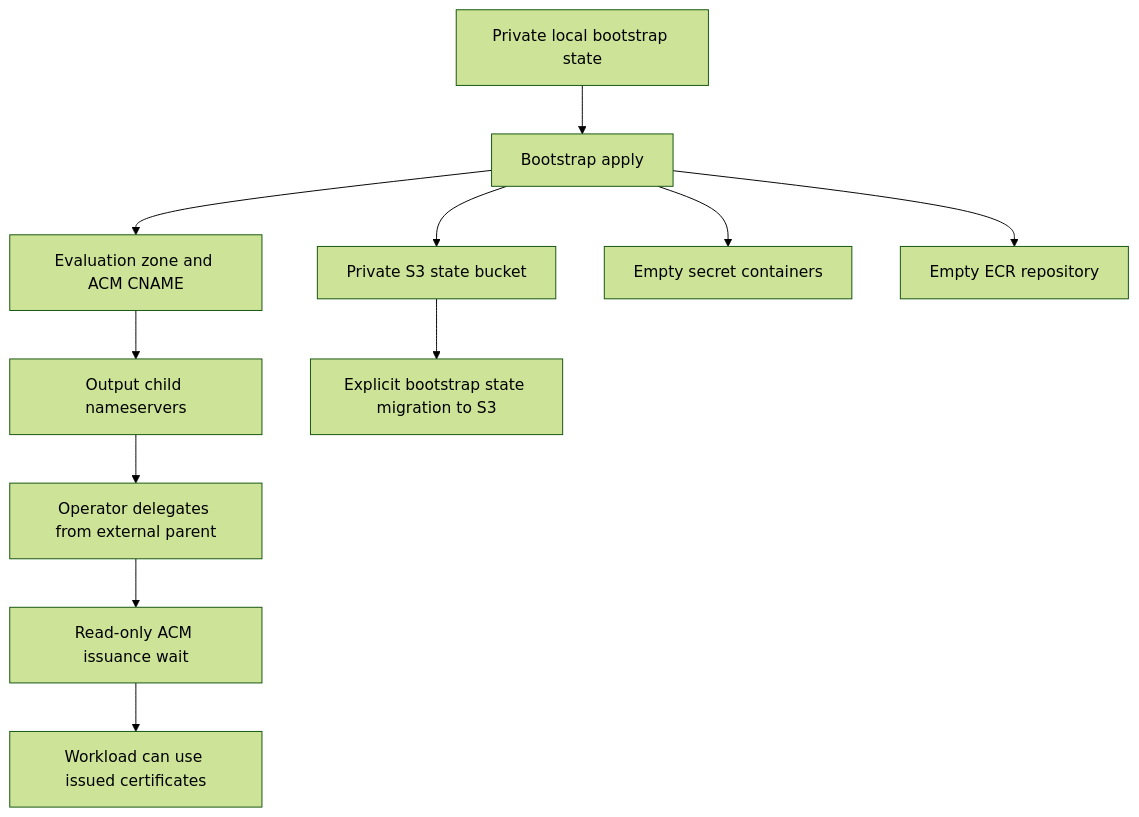
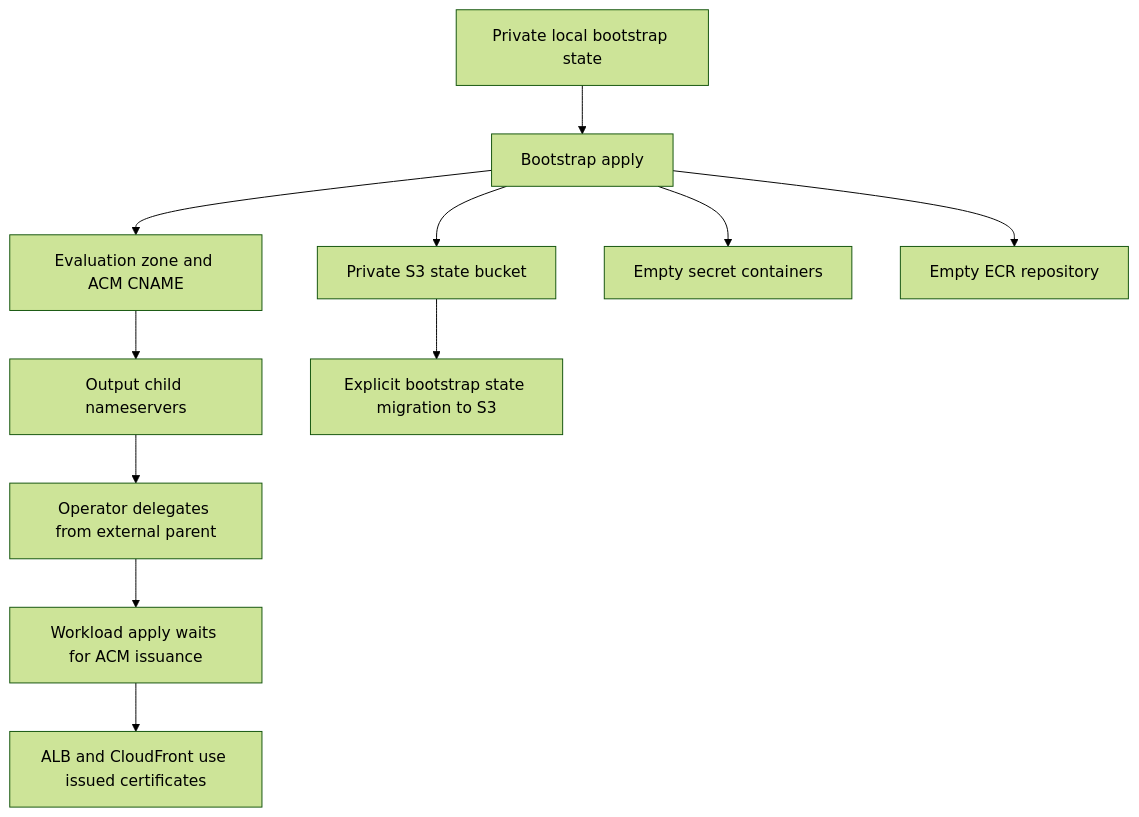
One commit to IABTechLab/trusted-server changed the diagram in deploy/examples/native-aws-workload/bootstrap/README.md. Above: the diagram before and after it, drawn with Mermaid (forest theme). The commit also changed other lines of this file and 13 other files, not shown here.

````diff
--- a/deploy/examples/native-aws-workload/bootstrap/README.md
+++ b/deploy/examples/native-aws-workload/bootstrap/README.md
@@ -15,13 +15,13 @@
 ```mermaid
 flowchart TD
     Local[Private local bootstrap state] --> Bootstrap[Bootstrap apply]
     Bootstrap --> Bucket[Private S3 state bucket]
     Bootstrap --> DNS[Evaluation zone and ACM CNAME]
     DNS --> NS[Output child nameservers]
     NS --> Parent[Operator delegates from external parent]
-    Parent --> Issued[Read-only ACM issuance wait]
+    Parent --> Workload[Workload apply waits for ACM issuance]
     Bucket --> Migration[Explicit bootstrap state migration to S3]
-    Issued --> Workload[Workload can use issued certificates]
+    Workload --> Consumers[ALB and CloudFront use issued certificates]
     Bootstrap --> Secrets[Empty secret containers]
     Bootstrap --> ECR[Empty ECR repository]
 ```
````
